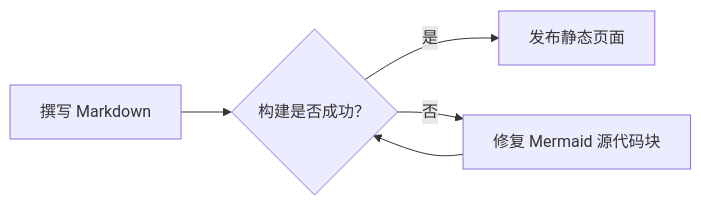
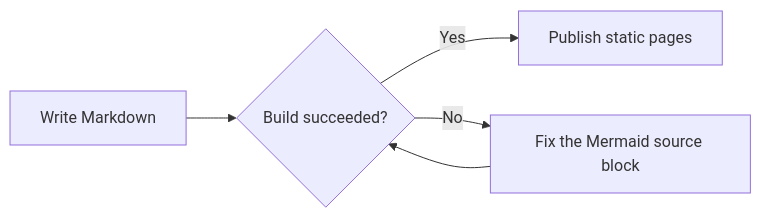
The diagram in src/content/posts/example.md (Jazee6/astro-blur), drawn with Mermaid before and after one commit. The commit also changed other lines of this file and 7 other files, not shown here.

````diff
--- a/src/content/posts/example.md
+++ b/src/content/posts/example.md
@@ -108,9 +108,9 @@
 ```mermaid
 flowchart LR
-    accTitle: 内容发布流程
-    accDescr: Markdown 内容经过构建检查后发布为静态页面，失败时返回修改。
-    A[撰写 Markdown] --> B{构建是否成功？}
-    B -- 是 --> C[发布静态页面]
-    B -- 否 --> D[修复 Mermaid 源代码块]
+    accTitle: Publishing flow
+    accDescr: Markdown content is published as static pages after the build checks it, and goes back for fixes when the build fails.
+    A[Write Markdown] --> B{Build succeeded?}
+    B -- Yes --> C[Publish static pages]
+    B -- No --> D[Fix the Mermaid source block]
     D --> B
 ```
````
